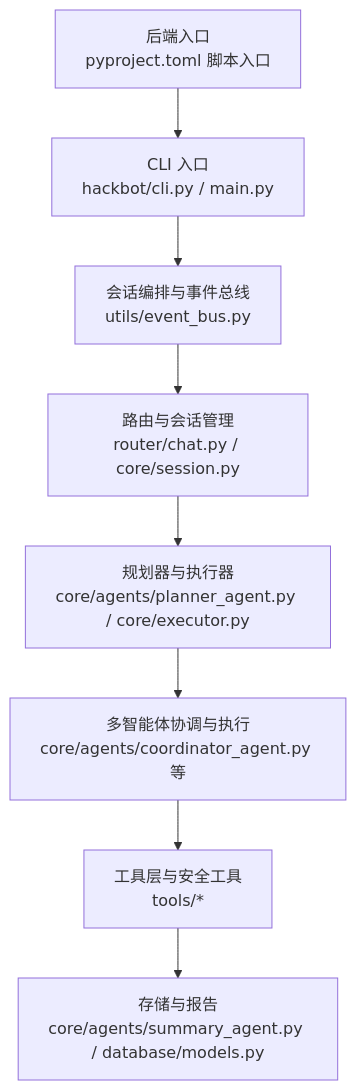
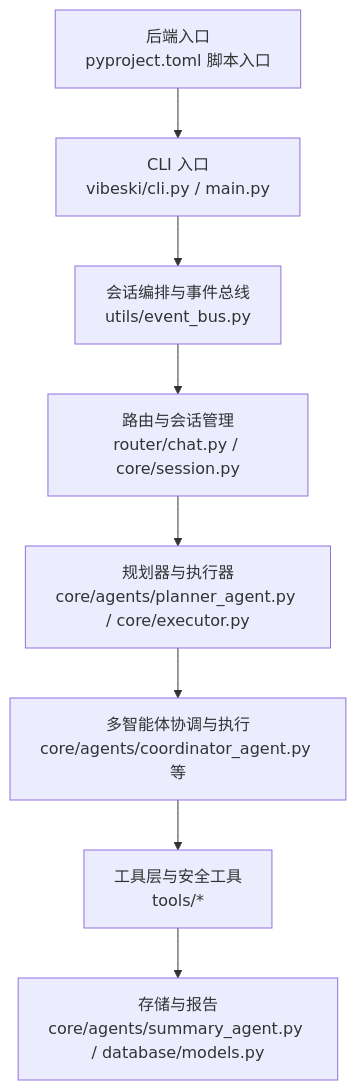
The first of 9 diagrams in .qoder/repowiki/zh/content/开发指南/代码规范.md (crabin/VIBESKI), drawn with Mermaid before and after one commit. The commit also changed other lines of this file and 170 other files, not shown here.

Commit message:
chore: rename all secbot/hackbot identifiers to vibeski

````diff
--- a/.qoder/repowiki/zh/content/开发指南/代码规范.md
+++ b/.qoder/repowiki/zh/content/开发指南/代码规范.md
@@ -49,10 +49,10 @@
 ```mermaid
 graph TB
-A["后端入口<br/>pyproject.toml 脚本入口"] --> B["CLI 入口<br/>hackbot/cli.py / main.py"]
+A["后端入口<br/>pyproject.toml 脚本入口"] --> B["CLI 入口<br/>vibeski/cli.py / main.py"]
 B --> C["会话编排与事件总线<br/>utils/event_bus.py"]
 C --> D["路由与会话管理<br/>router/chat.py / core/session.py"]
 D --> E["规划器与执行器<br/>core/agents/planner_agent.py / core/executor.py"]
 E --> F["多智能体协调与执行<br/>core/agents/coordinator_agent.py 等"]
 F --> G["工具层与安全工具<br/>tools/*"]
 G --> H["存储与报告<br/>core/agents/summary_agent.py / database/models.py"]
 ```
````
